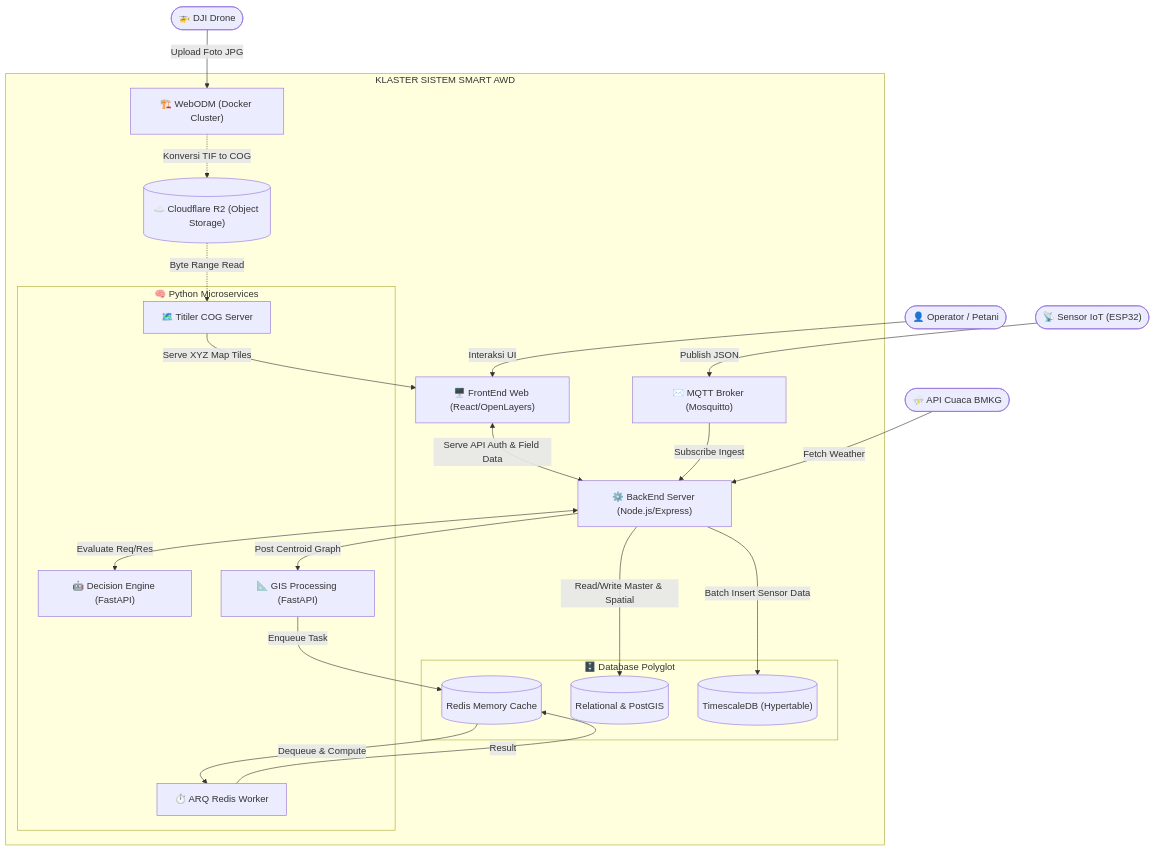
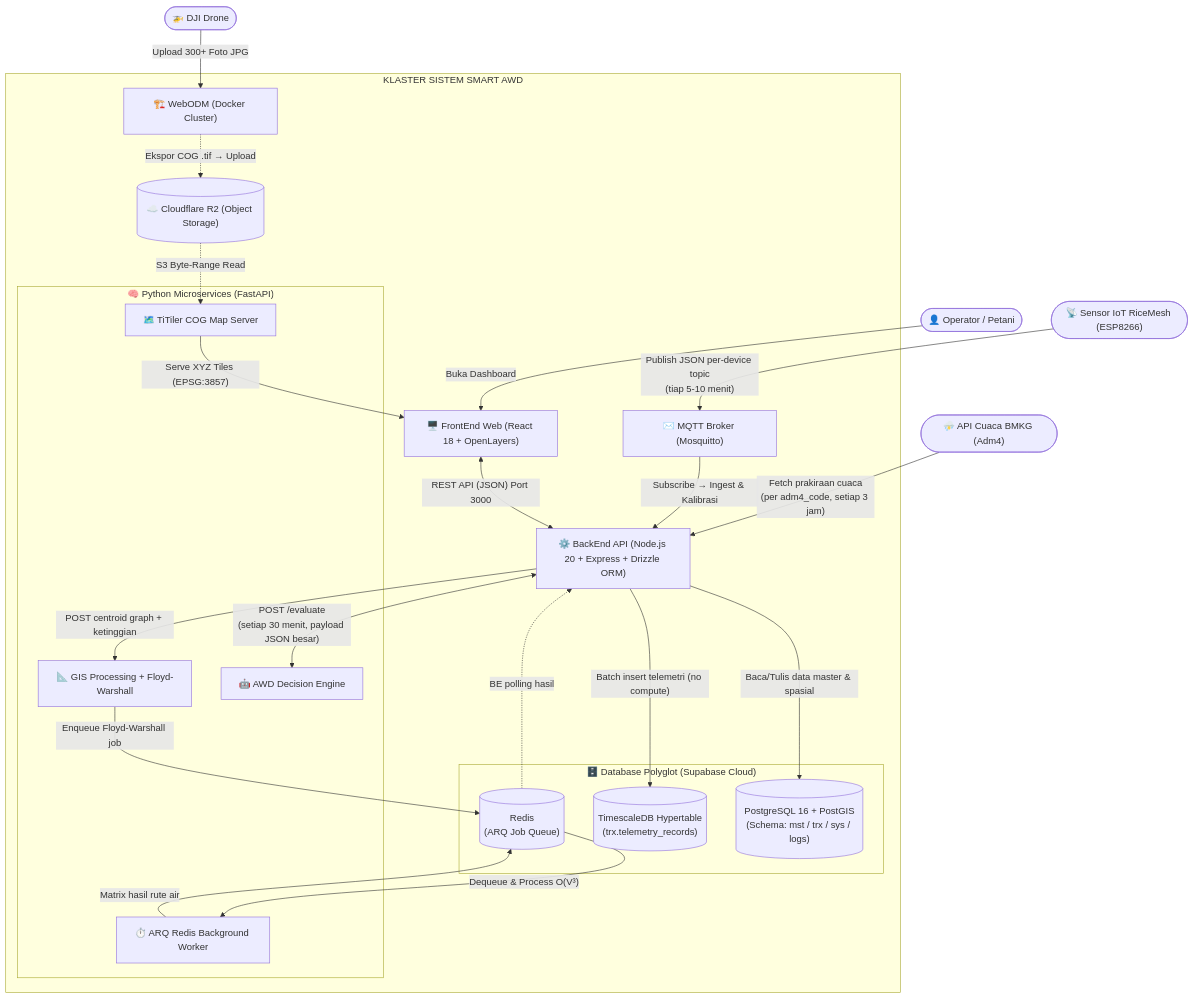
The diagram in docs/logic/mod_sys_architecture_c4.md (aahmdakml/ProTel2026), drawn with Mermaid before and after one commit. The commit also changed other lines of this file and 10 other files, not shown here.

````diff
--- a/docs/logic/mod_sys_architecture_c4.md
+++ b/docs/logic/mod_sys_architecture_c4.md
@@ -7,64 +8,61 @@
 ```mermaid
 graph TD
     %% Entitas Eksternal
     Operator(["👤 Operator / Petani"])
     Drone(["🚁 DJI Drone"])
-    SensorIoT(["📡 Sensor IoT (ESP32)"])
-    BMKG(["⛈️ API Cuaca BMKG"])
+    SensorIoT(["📡 Sensor IoT RiceMesh (ESP8266)"])
+    BMKG(["⛈️ API Cuaca BMKG (Adm4)"])
 
     %% Sistem Utama
     subgraph KLASTER ["KLASTER SISTEM SMART AWD"]
         
-        %% Ingestion & Cloud Level (Atas)
+        %% Layer Cloud & IoT
         MQTT["✉️ MQTT Broker (Mosquitto)"]
         WebODM["🏗️ WebODM (Docker Cluster)"]
         Cloudflare[("☁️ Cloudflare R2 (Object Storage)")]
         
-        %% Web & App Level (Tengah Atas)
-        FE["🖥️ FrontEnd Web (React/OpenLayers)"]
-        BE["⚙️ BackEnd Server (Node.js/Express)"]
+        %% Layer Web App
+        FE["🖥️ FrontEnd Web (React 18 + OpenLayers)"]
+        BE["⚙️ BackEnd API (Node.js 20 + Express + Drizzle ORM)"]
         
-        %% Python Services Level (Tengah Bawah)
-        subgraph Python_Cluster ["🧠 Python Microservices"]
-            Titiler["🗺️ Titiler COG Server"]
-            DSS["🤖 Decision Engine (FastAPI)"]
-            GIS["📐 GIS Processing (FastAPI)"]
-            ARQ["⏱️ ARQ Redis Worker"]
+        %% Layer Python Microservices
+        subgraph Python_Cluster ["🧠 Python Microservices (FastAPI)"]
+            Titiler["🗺️ TiTiler COG Map Server"]
+            DSS["🤖 AWD Decision Engine"]
+            GIS["📐 GIS Processing + Floyd-Warshall"]
+            ARQ["⏱️ ARQ Redis Background Worker"]
         end
         
-        %% Storage Level (Paling Bawah)
-        subgraph Database_Cluster ["🗄️ Database Polyglot"]
-            Postgres[("Relational & PostGIS")]
-            Timescale[("TimescaleDB (Hypertable)")]
-            Redis[("Redis Memory Cache")]
+        %% Layer Database
+        subgraph Database_Cluster ["🗄️ Database Polyglot (Supabase Cloud)"]
+            Postgres[("PostgreSQL 16 + PostGIS\n(Schema: mst / trx / sys / logs)")]
+            Timescale[("TimescaleDB Hypertable\n(trx.telemetry_records)")]
+            Redis[("Redis\n(ARQ Job Queue)")]
         end
     end
 
-    %% Hubungan dan Aliran (Top to Bottom)
-    Operator -->|"Interaksi UI"| FE
-    Drone -->|"Upload Foto JPG"| WebODM
-    SensorIoT -->|"Publish JSON"| MQTT
+    %% ── Aliran Interaksi ──
+    Operator -->|"Buka Dashboard"| FE
+    FE <-->|"REST API (JSON) Port 3000"| BE
     
-    %% Alur Peta & Visual (Kiri / Terpisah)
-    WebODM -.->|"Konversi TIF to COG"| Cloudflare
-    Cloudflare -.->|"Byte Range Read"| Titiler
-    Titiler -->|"Serve XYZ Map Tiles"| FE
+    Drone -->|"Upload 300+ Foto JPG"| WebODM
+    WebODM -.->|"Ekspor COG .tif → Upload"| Cloudflare
+    Cloudflare -.->|"S3 Byte-Range Read"| Titiler
+    Titiler -->|"Serve XYZ Tiles (EPSG:3857)"| FE
     
-    %% Alur Data Sensor (Tengah)
-    MQTT -->|"Subscribe Ingest"| BE
-    BMKG -->|"Fetch Weather"| BE
-    FE <-->|"Serve API Auth & Field Data"| BE
+    SensorIoT -->|"Publish JSON per-device topic\n(tiap 5-10 menit)"| MQTT
+    MQTT -->|"Subscribe → Ingest & Kalibrasi"| BE
     
-    %% Alur Pemrosesan Lanjut (DSS & GIS)
-    BE <-->|"Evaluate Req/Res"| DSS
-    BE -->|"Post Centroid Graph"| GIS
+    BMKG -->|"Fetch prakiraan cuaca\n(per adm4_code, setiap 3 jam)"| BE
     
-    %% Alur Pekerja (Worker Queue)
-    GIS -->|"Enqueue Task"| Redis
-    Redis -->|"Dequeue & Compute"| ARQ
-    ARQ -->|"Result"| Redis
+    BE <-->|"POST /evaluate\n(setiap 30 menit, payload JSON besar)"| DSS
+    BE -->|"POST centroid graph + ketinggian"| GIS
     
-    %% Alur Penyimpanan Basis Data (Bawah)
-    BE -->|"Read/Write Master & Spatial"| Postgres
-    BE -->|"Batch Insert Sensor Data"| Timescale
+    GIS -->|"Enqueue Floyd-Warshall job"| Redis
+    Redis -->|"Dequeue & Process O(V³)"| ARQ
+    ARQ -->|"Matrix hasil rute air"| Redis
+    Redis -.->|"BE polling hasil"| BE
+    
+    BE -->|"Baca/Tulis data master & spasial"| Postgres
+    BE -->|"Batch insert telemetri (no compute)"| Timescale
 ```
````
